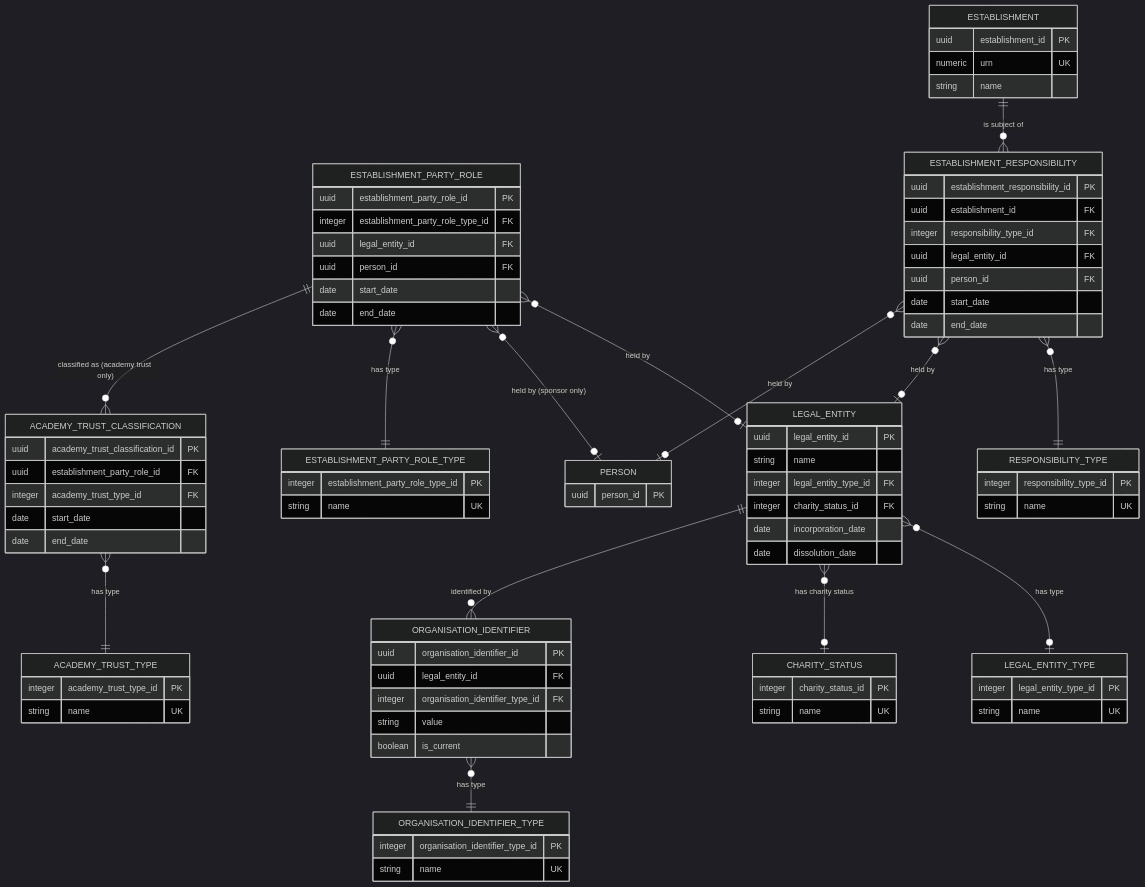
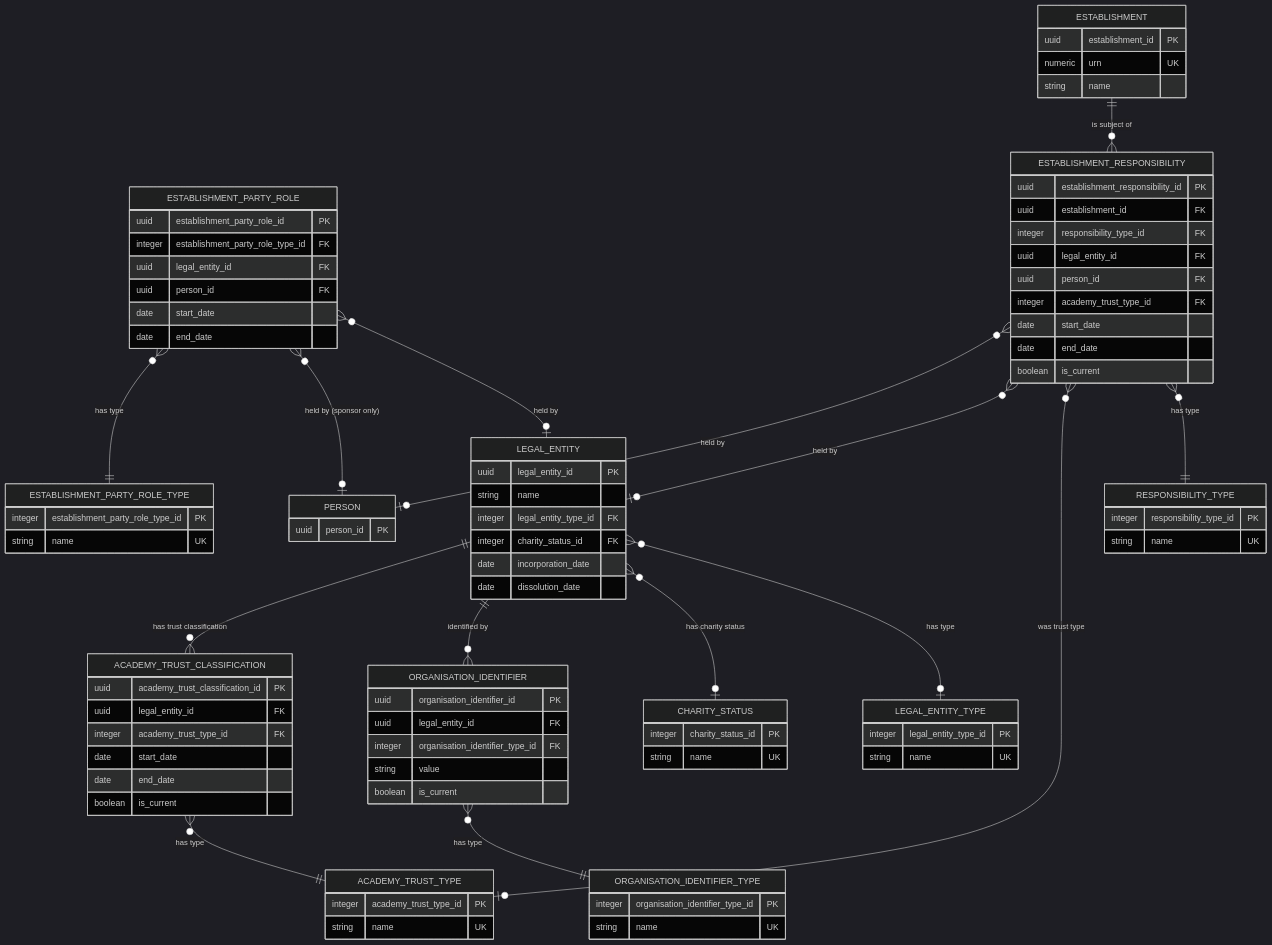
The first of 2 diagrams in models/logical/establishment/establishment-groups-logical-model.md (DFE-Digital/education-provider-registry-docs), drawn with Mermaid (dark theme) before and after one commit. The commit also changed other lines of this file and 22 other files, not shown here.

```diff
--- a/models/logical/establishment/establishment-groups-logical-model.md
+++ b/models/logical/establishment/establishment-groups-logical-model.md
@@ -28,10 +28,11 @@
     ESTABLISHMENT_PARTY_ROLE }o--o| LEGAL_ENTITY : "held by"
     ESTABLISHMENT_PARTY_ROLE }o--o| PERSON : "held by (sponsor only)"
     ESTABLISHMENT_PARTY_ROLE }o--|| ESTABLISHMENT_PARTY_ROLE_TYPE : "has type"
-    ESTABLISHMENT_PARTY_ROLE ||--o{ ACADEMY_TRUST_CLASSIFICATION : "classified as (academy trust only)"
+    LEGAL_ENTITY ||--o{ ACADEMY_TRUST_CLASSIFICATION : "has trust classification"
     ACADEMY_TRUST_CLASSIFICATION }o--|| ACADEMY_TRUST_TYPE : "has type"
     ESTABLISHMENT ||--o{ ESTABLISHMENT_RESPONSIBILITY : "is subject of"
     ESTABLISHMENT_RESPONSIBILITY }o--|| RESPONSIBILITY_TYPE : "has type"
+    ESTABLISHMENT_RESPONSIBILITY }o--o| ACADEMY_TRUST_TYPE : "was trust type"
     ESTABLISHMENT_RESPONSIBILITY }o--o| LEGAL_ENTITY : "held by"
     ESTABLISHMENT_RESPONSIBILITY }o--o| PERSON : "held by"
     ESTABLISHMENT {
@@ -80,10 +81,11 @@
     }
     ACADEMY_TRUST_CLASSIFICATION {
         uuid academy_trust_classification_id PK
-        uuid establishment_party_role_id FK
+        uuid legal_entity_id FK
         integer academy_trust_type_id FK
         date start_date
         date end_date
+        boolean is_current
     }
     ACADEMY_TRUST_TYPE {
         integer academy_trust_type_id PK
@@ -95,8 +97,10 @@
         integer responsibility_type_id FK
         uuid legal_entity_id FK
         uuid person_id FK
+        integer academy_trust_type_id FK
         date start_date
         date end_date
+        boolean is_current
     }
     RESPONSIBILITY_TYPE {
         integer responsibility_type_id PK
```
